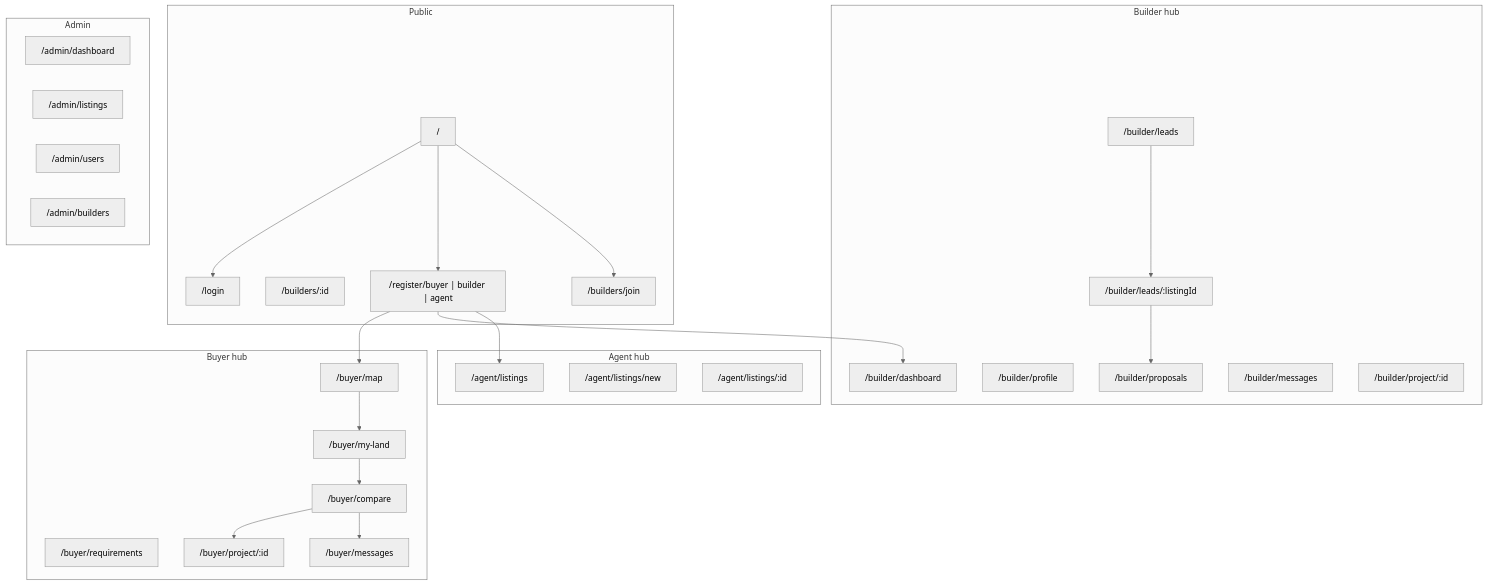
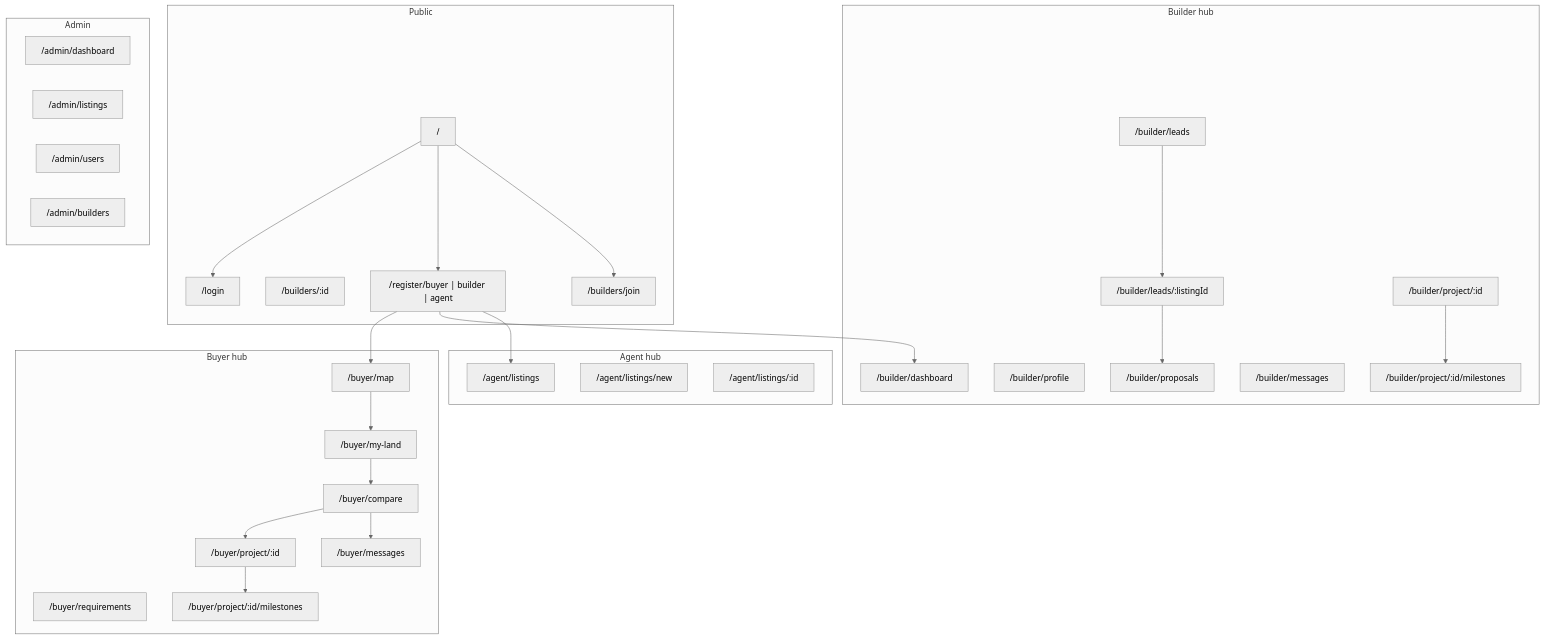
One commit to dealszillame-blip/velu-app changed the second of 7 diagrams in docs/ARCHITECTURE.md. Above: the diagram before and after it, drawn with Mermaid (neutral theme). The commit also changed other lines of this file and 13 other files, not shown here.

First line of the commit message:
Add a milestone timeline that stays useful after Handover.

````diff
--- a/docs/ARCHITECTURE.md
+++ b/docs/ARCHITECTURE.md
@@ -121,55 +121,59 @@
 ```mermaid
 flowchart TB
   subgraph Public
     L["/"]
     JOIN["/builders/join"]
     PROF["/builders/:id"]
     LOGIN["/login"]
     REG["/register/buyer | builder | agent"]
   end
 
   subgraph Buyer["Buyer hub"]
     MAP["/buyer/map"]
     LAND["/buyer/my-land"]
     REQ["/buyer/requirements"]
     CMP["/buyer/compare"]
     MSG["/buyer/messages"]
     PRJ["/buyer/project/:id"]
+    PML["/buyer/project/:id/milestones"]
   end
 
   subgraph Builder["Builder hub"]
     BD["/builder/dashboard"]
     BP["/builder/profile"]
     BL["/builder/leads"]
     BLD["/builder/leads/:listingId"]
     BPR["/builder/proposals"]
     BM["/builder/messages"]
     BPJ["/builder/project/:id"]
+    BPM["/builder/project/:id/milestones"]
   end
 
   subgraph Agent["Agent hub"]
     AL["/agent/listings"]
     AN["/agent/listings/new"]
     AE["/agent/listings/:id"]
   end
 
   subgraph Admin["Admin"]
     AD["/admin/dashboard"]
     ALI["/admin/listings"]
     AU["/admin/users"]
     AB["/admin/builders"]
   end
 
   L --> LOGIN
   L --> REG
   L --> JOIN
   REG --> MAP
   REG --> BD
   REG --> AL
   MAP --> LAND
   LAND --> CMP
   CMP --> PRJ
+  PRJ --> PML
+  BPJ --> BPM
   BL --> BLD
   BLD --> BPR
   CMP --> MSG
 ```
````
